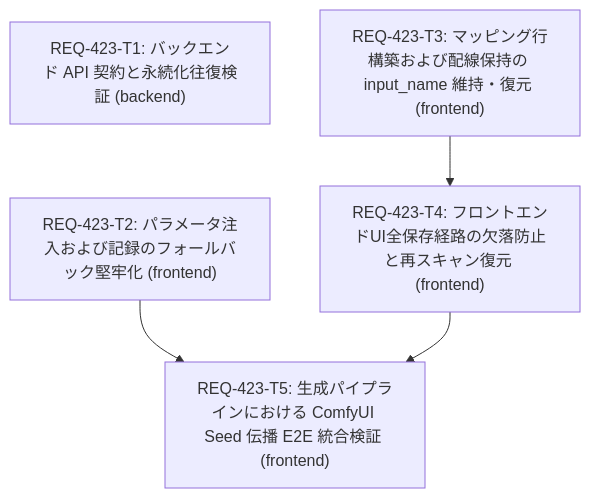
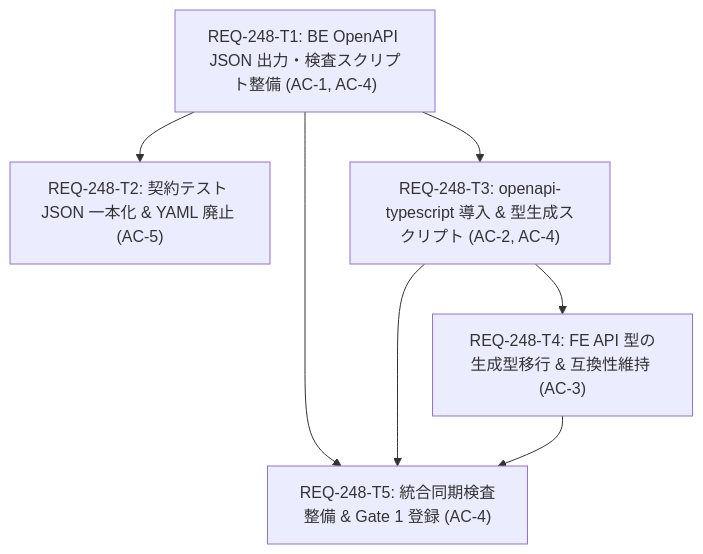
Before and after one commit to TAKE4548/comfy-create-helper2: the diagram in implementation_plan.md, drawn with Mermaid. The commit also changed other lines of this file and 23 other files, not shown here.

Commit message:
feat(REQ-248): OpenAPI JSONへの一本化とopenapi-typescriptによるFE型生成・同期チェック

````diff
--- a/implementation_plan.md
+++ b/implementation_plan.md
@@ -79,12 +71,15 @@
 ```mermaid
 graph TD
-  REQ-423-T1["REQ-423-T1: バックエンド API 契約と永続化往復検証 (backend)"]
-  REQ-423-T2["REQ-423-T2: パラメータ注入および記録のフォールバック堅牢化 (frontend)"]
-  REQ-423-T3["REQ-423-T3: マッピング行構築および配線保持の input_name 維持・復元 (frontend)"]
-  REQ-423-T4["REQ-423-T4: フロントエンドUI全保存経路の欠落防止と再スキャン復元 (frontend)"]
-  REQ-423-T5["REQ-423-T5: 生成パイプラインにおける ComfyUI Seed 伝播 E2E 統合検証 (frontend)"]
+  REQ-248-T1["REQ-248-T1: BE OpenAPI JSON 出力・検査スクリプト整備 (AC-1, AC-4)"]
+  REQ-248-T2["REQ-248-T2: 契約テスト JSON 一本化 & YAML 廃止 (AC-5)"]
+  REQ-248-T3["REQ-248-T3: openapi-typescript 導入 & 型生成スクリプト (AC-2, AC-4)"]
+  REQ-248-T4["REQ-248-T4: FE API 型の生成型移行 & 互換性維持 (AC-3)"]
+  REQ-248-T5["REQ-248-T5: 統合同期検査整備 & Gate 1 登録 (AC-4)"]
 
-  REQ-423-T3 --> REQ-423-T4
-  REQ-423-T2 --> REQ-423-T5
-  REQ-423-T4 --> REQ-423-T5
+  REQ-248-T1 --> REQ-248-T2
+  REQ-248-T1 --> REQ-248-T3
+  REQ-248-T3 --> REQ-248-T4
+  REQ-248-T1 --> REQ-248-T5
+  REQ-248-T3 --> REQ-248-T5
+  REQ-248-T4 --> REQ-248-T5
 ```
````
